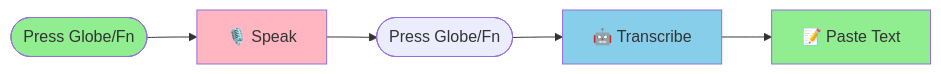
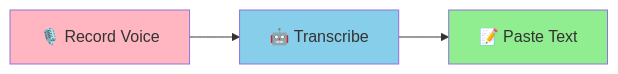
The first of 2 diagrams in README.md (yvh1223/whisper-ai-assistant), drawn with Mermaid before and after one commit. The commit also changed other lines of this file, not shown here.

Commit message:
Simplify core feature diagram - remove redundant key press icons
- Show only 3 steps: Record → Transcribe → Paste
- Move Globe/Fn instructions to separate 'How?' line below diagram
- Cleaner, less confusing for users

````diff
--- a/README.md
+++ b/README.md
@@ -9,12 +9,9 @@
 ```mermaid
 flowchart LR
-    Start([Press Globe/Fn]) --> Record[🎙️ Speak]
-    Record --> Stop([Press Globe/Fn])
-    Stop --> Whisper[🤖 Transcribe]
-    Whisper --> Paste[📝 Paste Text]
+    Record[🎙️ Record Voice] --> Transcribe[🤖 Transcribe]
+    Transcribe --> Paste[📝 Paste Text]
 
-    style Start fill:#90EE90
+    style Record fill:#FFB6C1
+    style Transcribe fill:#87CEEB
     style Paste fill:#90EE90
-    style Record fill:#FFB6C1
-    style Whisper fill:#87CEEB
 ```
````
